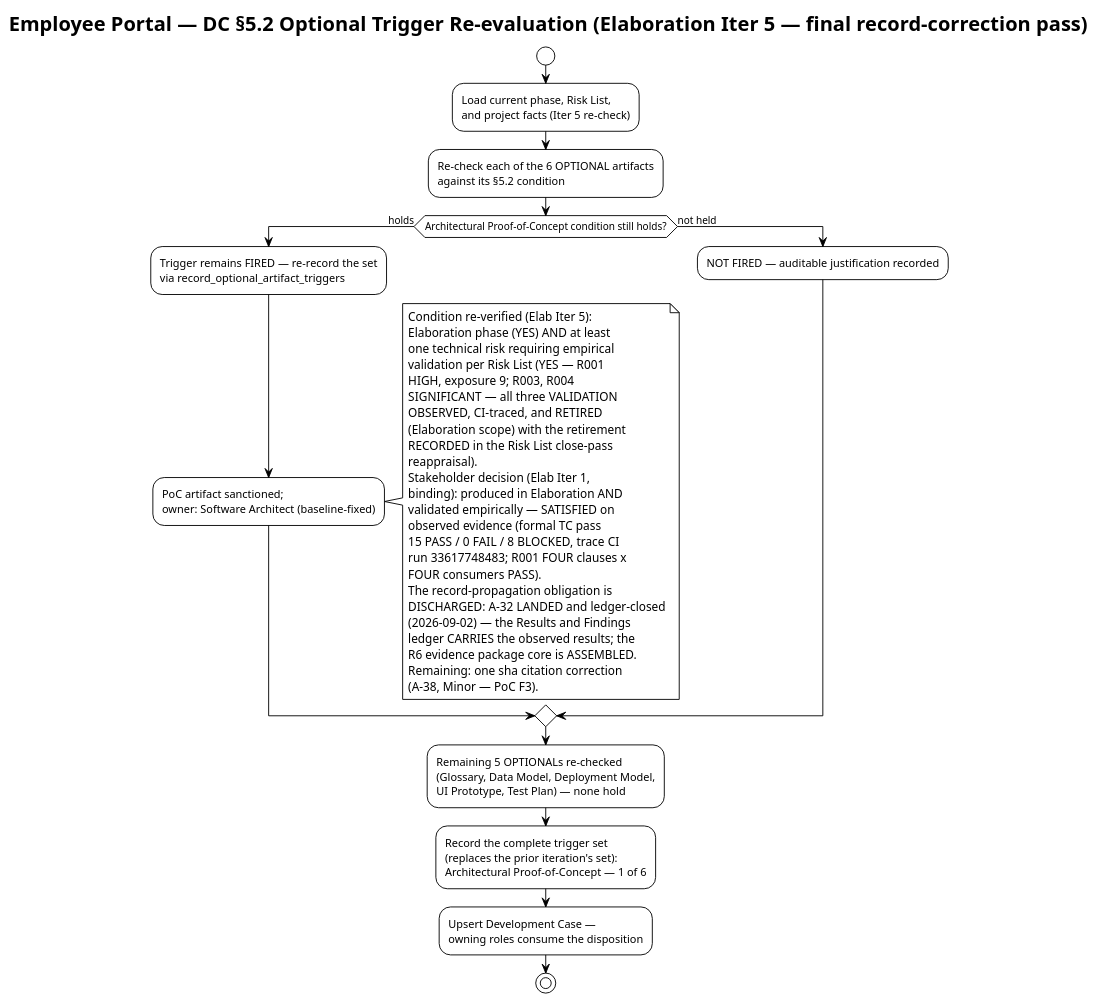
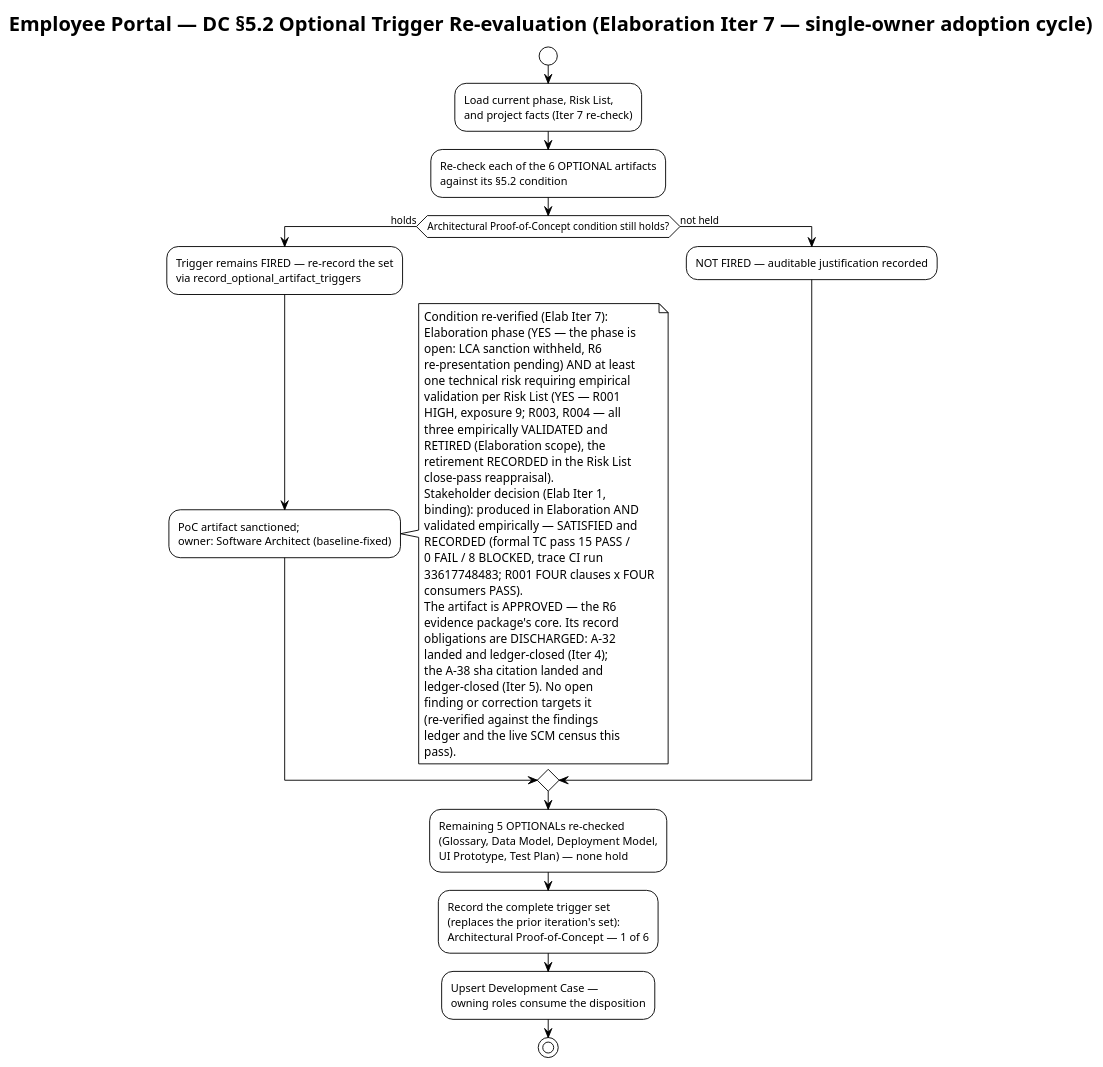
One commit to banense-test/employee-portal changed the second of 4 diagrams in docs/artifacts/environment/development-case.md. Above: the diagram before and after it, drawn with PlantUML. The commit also changed other lines of this file, not shown here.

Commit message:
Process Engineer [E7]: upsert Development Case
[skip ci]

````diff
--- a/docs/artifacts/environment/development-case.md
+++ b/docs/artifacts/environment/development-case.md
@@ -129,53 +129,57 @@
 ```plantuml
 @startuml
 !theme plain
-title Employee Portal — DC §5.2 Optional Trigger Re-evaluation (Elaboration Iter 5 — final record-correction pass)
+title Employee Portal — DC §5.2 Optional Trigger Re-evaluation (Elaboration Iter 7 — single-owner adoption cycle)
 
 start
 :Load current phase, Risk List,
-and project facts (Iter 5 re-check);
+and project facts (Iter 7 re-check);
 :Re-check each of the 6 OPTIONAL artifacts
 against its §5.2 condition;
 if (Architectural Proof-of-Concept condition still holds?) then (holds)
   :Trigger remains FIRED — re-record the set\nvia record_optional_artifact_triggers;
   :PoC artifact sanctioned;\nowner: Software Architect (baseline-fixed);
   note right
-    Condition re-verified (Elab Iter 5):
-    Elaboration phase (YES) AND at least
+    Condition re-verified (Elab Iter 7):
+    Elaboration phase (YES — the phase is
+    open: LCA sanction withheld, R6
+    re-presentation pending) AND at least
     one technical risk requiring empirical
     validation per Risk List (YES — R001
-    HIGH, exposure 9; R003, R004
-    SIGNIFICANT — all three VALIDATION
-    OBSERVED, CI-traced, and RETIRED
-    (Elaboration scope) with the retirement
-    RECORDED in the Risk List close-pass
-    reappraisal).
+    HIGH, exposure 9; R003, R004 — all
+    three empirically VALIDATED and
+    RETIRED (Elaboration scope), the
+    retirement RECORDED in the Risk List
+    close-pass reappraisal).
     Stakeholder decision (Elab Iter 1,
     binding): produced in Elaboration AND
-    validated empirically — SATISFIED on
-    observed evidence (formal TC pass
-    15 PASS / 0 FAIL / 8 BLOCKED, trace CI
-    run 33617748483; R001 FOUR clauses x
-    FOUR consumers PASS).
-    The record-propagation obligation is
-    DISCHARGED: A-32 LANDED and ledger-closed
-    (2026-09-02) — the Results and Findings
-    ledger CARRIES the observed results; the
-    R6 evidence package core is ASSEMBLED.
-    Remaining: one sha citation correction
-    (A-38, Minor — PoC F3).
+    validated empirically — SATISFIED and
+    RECORDED (formal TC pass 15 PASS /
+    0 FAIL / 8 BLOCKED, trace CI run
+    33617748483; R001 FOUR clauses x FOUR
+    consumers PASS).
+    The artifact is APPROVED — the R6
+    evidence package's core. Its record
+    obligations are DISCHARGED: A-32
+    landed and ledger-closed (Iter 4);
+    the A-38 sha citation landed and
+    ledger-closed (Iter 5). No open
+    finding or correction targets it
+    (re-verified against the findings
+    ledger and the live SCM census this
+    pass).
   end note
 else (not held)
   :NOT FIRED — auditable justification recorded;
 endif
 :Remaining 5 OPTIONALs re-checked
 (Glossary, Data Model, Deployment Model,
 UI Prototype, Test Plan) — none hold;
 :Record the complete trigger set
 (replaces the prior iteration's set):
 Architectural Proof-of-Concept — 1 of 6;
 :Upsert Development Case —
 owning roles consume the disposition;
 stop
 @enduml
 ```
````
